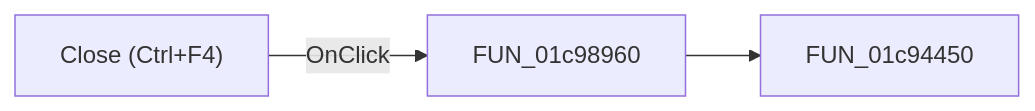
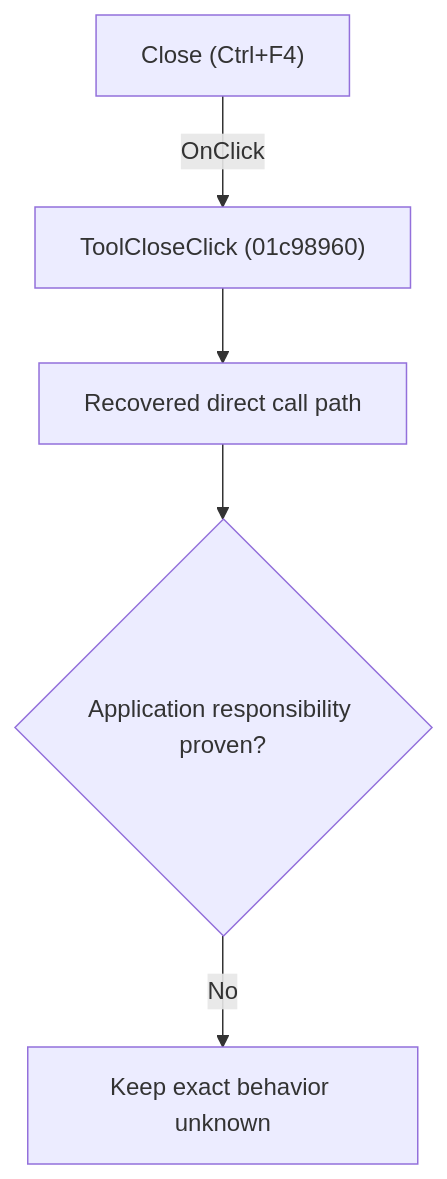
Before and after one commit to MovGP0/TIARA: the diagram in docs/ui-controls/schematiceditor/toolclose-c7a6e31677.md, drawn with Mermaid. The commit also changed other lines of this file and 1062 other files, not shown here.

````diff
--- a/docs/ui-controls/schematiceditor/toolclose-c7a6e31677.md
+++ b/docs/ui-controls/schematiceditor/toolclose-c7a6e31677.md
@@ -27,5 +27,7 @@
 ```mermaid
-flowchart LR
-    control["Close (Ctrl+F4)"] -->|OnClick| handler["FUN_01c98960"]
-    handler --> call1["FUN_01c94450"]
+flowchart TD
+    control["Close (Ctrl+F4)"] -->|"OnClick"| handler["ToolCloseClick (01c98960)"]
+    handler --> recovered["Recovered direct call path"]
+    recovered --> gap{"Application responsibility proven?"}
+    gap -->|"No"| blocked["Keep exact behavior unknown"]
 ```
````
